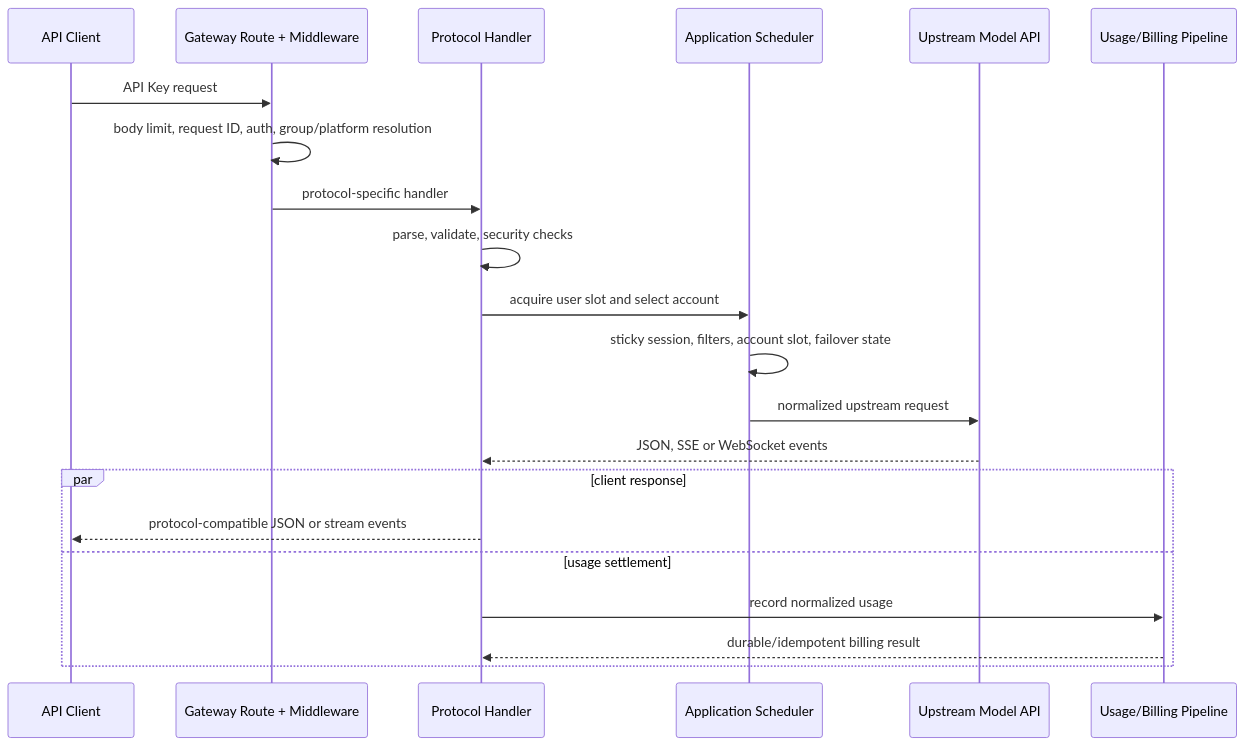
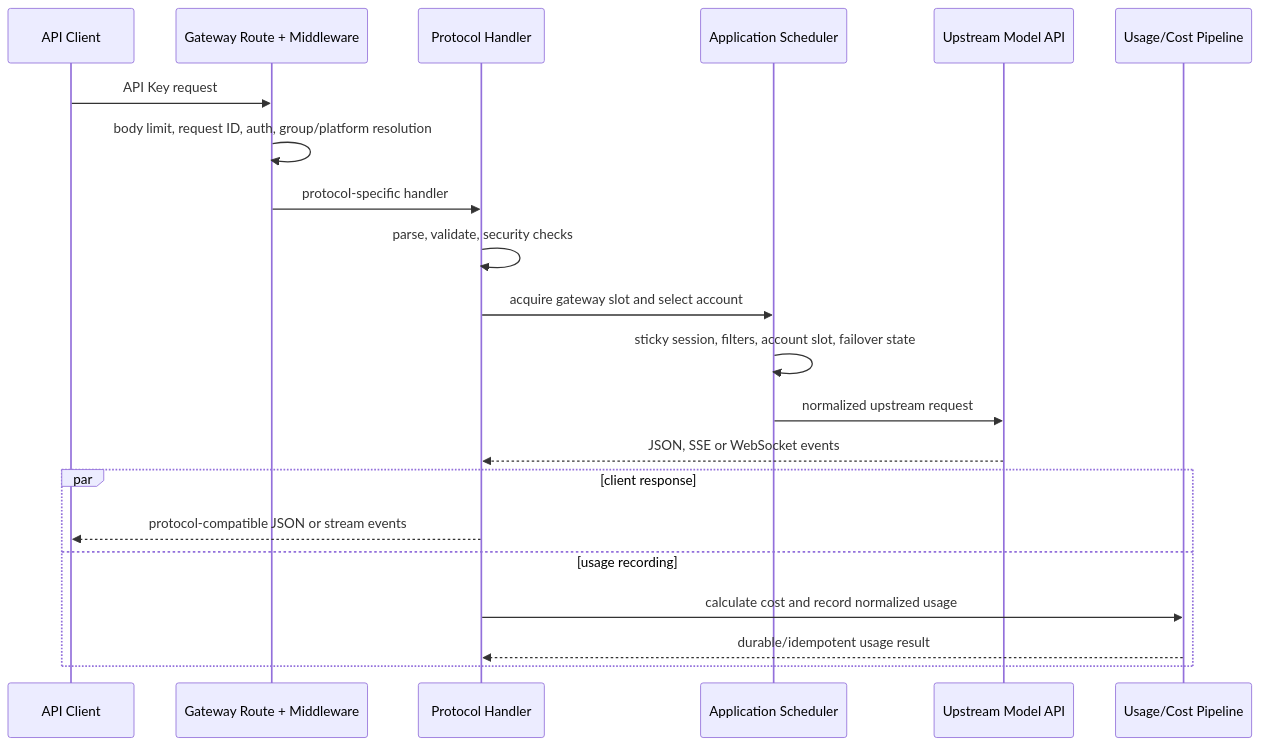
One commit to DR-lin-eng/sub2api-jinjian2api changed the first of 2 diagrams in docs/REQUEST_LIFECYCLES.md. Above: the diagram before and after it, drawn with Mermaid. The commit also changed other lines of this file and 147 other files, not shown here.

Commit message:
Refactor application architecture and remove obsolete code

````diff
--- a/docs/REQUEST_LIFECYCLES.md
+++ b/docs/REQUEST_LIFECYCLES.md
@@ -9,24 +9,24 @@
 ```mermaid
 sequenceDiagram
     participant Client as API Client
     participant Route as Gateway Route + Middleware
     participant Handler as Protocol Handler
     participant Scheduler as Application Scheduler
     participant Upstream as Upstream Model API
-    participant Billing as Usage/Billing Pipeline
+    participant Usage as Usage/Cost Pipeline
 
     Client->>Route: API Key request
     Route->>Route: body limit, request ID, auth, group/platform resolution
     Route->>Handler: protocol-specific handler
     Handler->>Handler: parse, validate, security checks
-    Handler->>Scheduler: acquire user slot and select account
+    Handler->>Scheduler: acquire gateway slot and select account
     Scheduler->>Scheduler: sticky session, filters, account slot, failover state
     Scheduler->>Upstream: normalized upstream request
     Upstream-->>Handler: JSON, SSE or WebSocket events
     par client response
         Handler-->>Client: protocol-compatible JSON or stream events
-    and usage settlement
-        Handler->>Billing: record normalized usage
-        Billing-->>Handler: durable/idempotent billing result
+    and usage recording
+        Handler->>Usage: calculate cost and record normalized usage
+        Usage-->>Handler: durable/idempotent usage result
     end
 ```
````
